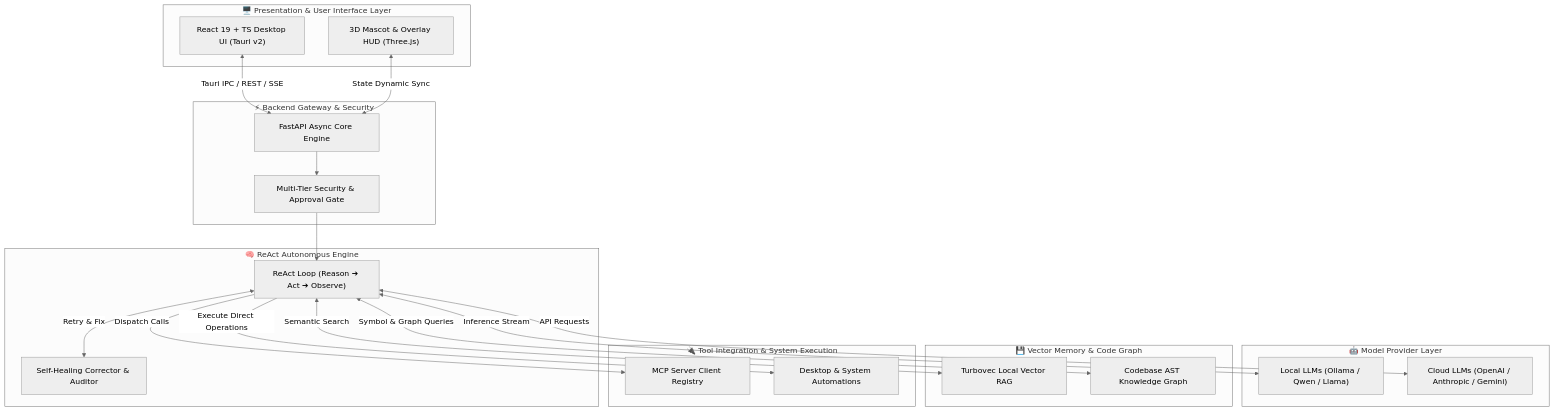
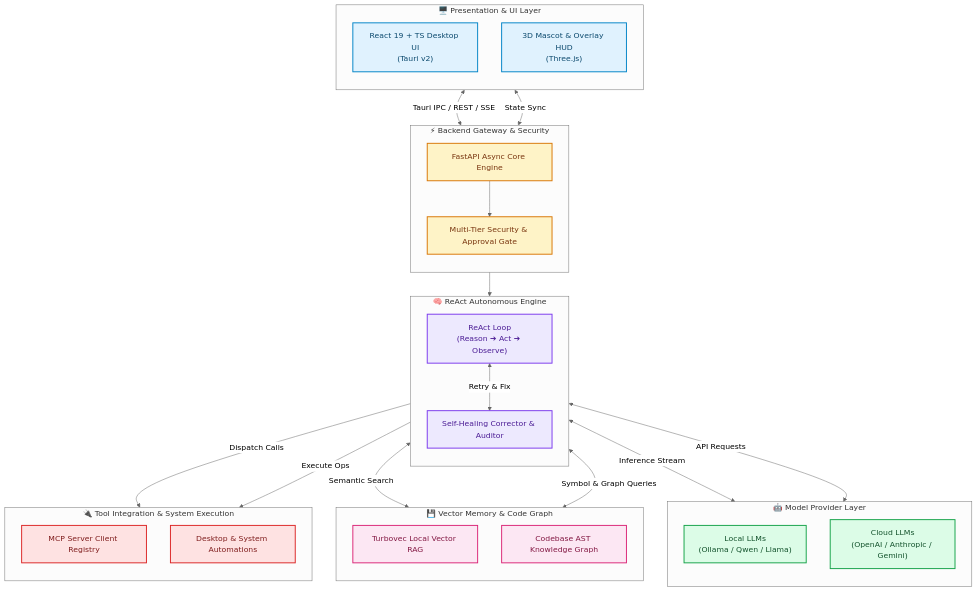
Before and after one commit to Aryan4132/Meridian-X: the diagram in README.md, drawn with Mermaid (neutral theme).

Commit message:
Fix formatting issues in architecture diagram

````diff
--- a/README.md
+++ b/README.md
@@ -52,48 +52,64 @@
 ```mermaid
 flowchart TB
-    subgraph UI["🖥️ Presentation & User Interface Layer"]
-        UI_MAIN["React 19 + TS Desktop UI (Tauri v2)"]
-        UI_HUD["3D Mascot & Overlay HUD (Three.js)"]
+    subgraph UI["🖥️ Presentation &amp; UI Layer"]
+        direction TB
+        UI_MAIN["React 19 + TS Desktop UI<br/>(Tauri v2)"]
+        UI_HUD["3D Mascot &amp; Overlay HUD<br/>(Three.js)"]
     end
 
-    subgraph GATEWAY["⚡ Backend Gateway & Security"]
+    subgraph GATEWAY["⚡ Backend Gateway &amp; Security"]
+        direction TB
         FASTAPI["FastAPI Async Core Engine"]
-        SEC_GATE["Multi-Tier Security & Approval Gate"]
+        SEC_GATE["Multi-Tier Security &amp; Approval Gate"]
     end
 
     subgraph CORE["🧠 ReAct Autonomous Engine"]
-        REACT["ReAct Loop (Reason ➔ Act ➔ Observe)"]
-        HEAL["Self-Healing Corrector & Auditor"]
+        direction TB
+        REACT["ReAct Loop<br/>(Reason ➔ Act ➔ Observe)"]
+        HEAL["Self-Healing Corrector &amp; Auditor"]
     end
 
     subgraph MODELS["🤖 Model Provider Layer"]
-        OLLAMA["Local LLMs (Ollama / Qwen / Llama)"]
-        CLOUD["Cloud LLMs (OpenAI / Anthropic / Gemini)"]
+        direction TB
+        OLLAMA["Local LLMs<br/>(Ollama / Qwen / Llama)"]
+        CLOUD["Cloud LLMs<br/>(OpenAI / Anthropic / Gemini)"]
     end
 
-    subgraph KNOWLEDGE["💾 Vector Memory & Code Graph"]
+    subgraph KNOWLEDGE["💾 Vector Memory &amp; Code Graph"]
+        direction TB
         VEC_DB["Turbovec Local Vector RAG"]
         AST_GRAPH["Codebase AST Knowledge Graph"]
     end
 
-    subgraph TOOLS["🔌 Tool Integration & System Execution"]
+    subgraph TOOLS["🔌 Tool Integration &amp; System Execution"]
+        direction TB
         MCP["MCP Server Client Registry"]
-        SYS_OPS["Desktop & System Automations"]
+        SYS_OPS["Desktop &amp; System Automations"]
     end
 
-    UI_MAIN <-->|Tauri IPC / REST / SSE| FASTAPI
-    UI_HUD <-->|State Dynamic Sync| FASTAPI
-
+    UI_MAIN <-->|"Tauri IPC / REST / SSE"| FASTAPI
+    UI_HUD <-->|"State Sync"| FASTAPI
     FASTAPI --> SEC_GATE
     SEC_GATE --> REACT
+    REACT <-->|"Inference Stream"| OLLAMA
+    REACT <-->|"API Requests"| CLOUD
+    REACT <-->|"Semantic Search"| VEC_DB
+    REACT <-->|"Symbol &amp; Graph Queries"| AST_GRAPH
+    REACT <-->|"Retry &amp; Fix"| HEAL
+    REACT -->|"Dispatch Calls"| MCP
+    REACT -->|"Execute Ops"| SYS_OPS
 
-    REACT <-->|Inference Stream| OLLAMA
-    REACT <-->|API Requests| CLOUD
+    classDef uiStyle fill:#e0f2fe,stroke:#0284c7,stroke-width:2px,color:#0c4a6e
+    classDef gatewayStyle fill:#fef3c7,stroke:#d97706,stroke-width:2px,color:#78350f
+    classDef coreStyle fill:#ede9fe,stroke:#7c3aed,stroke-width:2px,color:#4c1d95
+    classDef modelStyle fill:#dcfce7,stroke:#16a34a,stroke-width:2px,color:#14532d
+    classDef knowledgeStyle fill:#fce7f3,stroke:#db2777,stroke-width:2px,color:#831843
+    classDef toolStyle fill:#fee2e2,stroke:#dc2626,stroke-width:2px,color:#7f1d1d
 
-    REACT <-->|Semantic Search| VEC_DB
-    REACT <-->|Symbol & Graph Queries| AST_GRAPH
-    REACT <-->|Retry & Fix| HEAL
-
-    REACT -->|Dispatch Calls| MCP
-    REACT -->|Execute Direct Operations| SYS_OPS
+    class UI_MAIN,UI_HUD uiStyle
+    class FASTAPI,SEC_GATE gatewayStyle
+    class REACT,HEAL coreStyle
+    class OLLAMA,CLOUD modelStyle
+    class VEC_DB,AST_GRAPH knowledgeStyle
+    class MCP,SYS_OPS toolStyle
 ```
````
